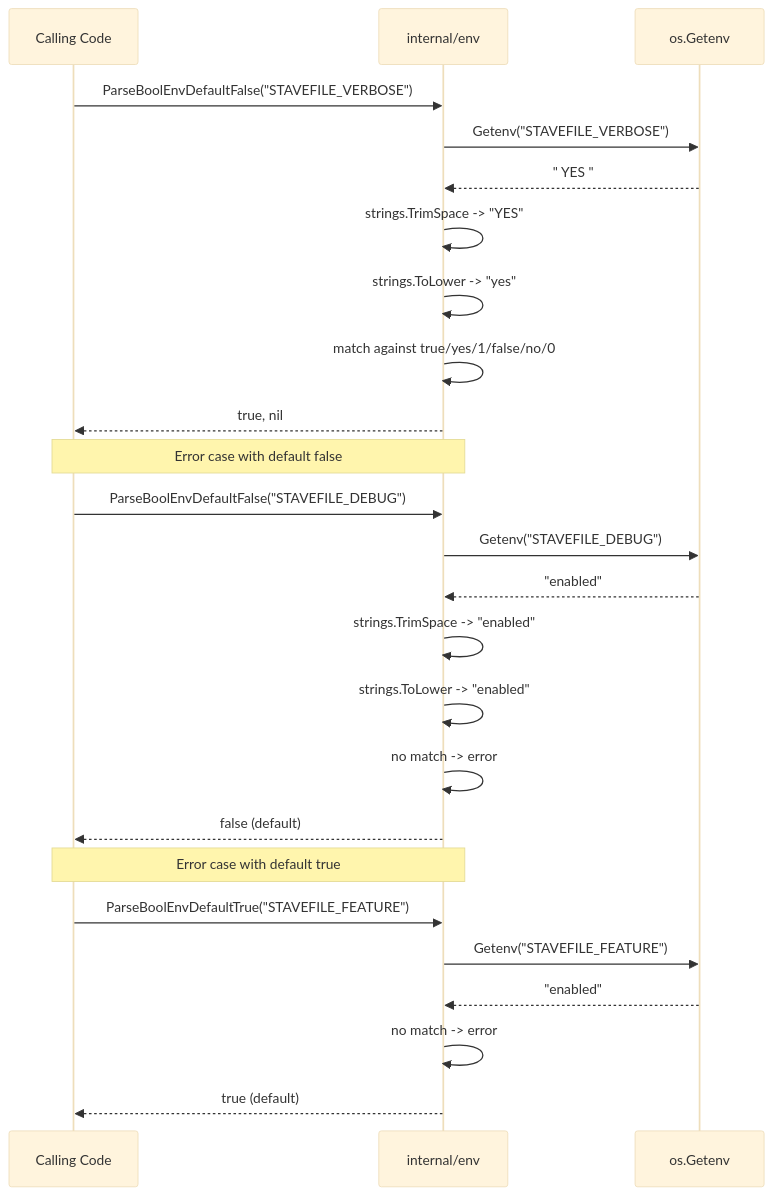
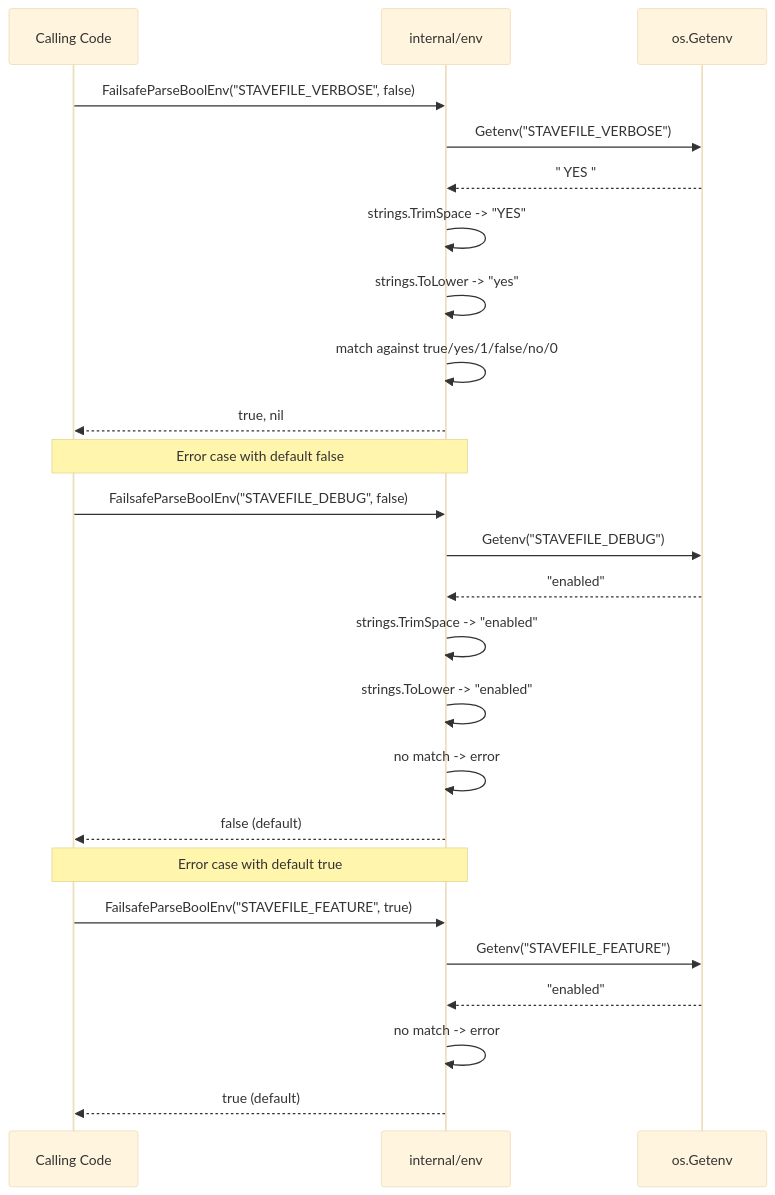
One commit to yaklabco/stave changed the third of 3 diagrams in rfcs/rfc-20251206-001-env-bool-parsing.md. Above: the diagram before and after it, drawn with Mermaid (base theme). The commit also changed other lines of this file and 3 other files, not shown here.

First line of the commit message:
docs(env): update for FailsafeParseBoolEnv API

````diff
--- a/rfcs/rfc-20251206-001-env-bool-parsing.md
+++ b/rfcs/rfc-20251206-001-env-bool-parsing.md
@@ -123,30 +123,30 @@
 ```mermaid
 sequenceDiagram
     participant Caller as Calling Code
     participant Env as internal/env
     participant OS as os.Getenv
 
-    Caller->>Env: ParseBoolEnvDefaultFalse("STAVEFILE_VERBOSE")
+    Caller->>Env: FailsafeParseBoolEnv("STAVEFILE_VERBOSE", false)
     Env->>OS: Getenv("STAVEFILE_VERBOSE")
     OS-->>Env: "  YES  "
     Env->>Env: strings.TrimSpace -> "YES"
     Env->>Env: strings.ToLower -> "yes"
     Env->>Env: match against true/yes/1/false/no/0
     Env-->>Caller: true, nil
 
     Note over Caller,Env: Error case with default false
-    Caller->>Env: ParseBoolEnvDefaultFalse("STAVEFILE_DEBUG")
+    Caller->>Env: FailsafeParseBoolEnv("STAVEFILE_DEBUG", false)
     Env->>OS: Getenv("STAVEFILE_DEBUG")
     OS-->>Env: "enabled"
     Env->>Env: strings.TrimSpace -> "enabled"
     Env->>Env: strings.ToLower -> "enabled"
     Env->>Env: no match -> error
     Env-->>Caller: false (default)
 
     Note over Caller,Env: Error case with default true
-    Caller->>Env: ParseBoolEnvDefaultTrue("STAVEFILE_FEATURE")
+    Caller->>Env: FailsafeParseBoolEnv("STAVEFILE_FEATURE", true)
     Env->>OS: Getenv("STAVEFILE_FEATURE")
     OS-->>Env: "enabled"
     Env->>Env: no match -> error
     Env-->>Caller: true (default)
 ```
````
